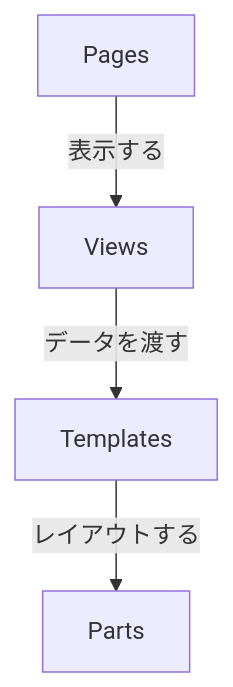
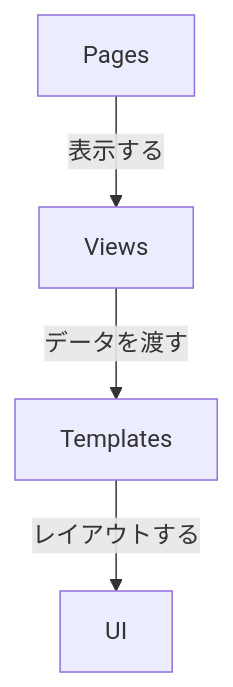
Before and after one commit to gkto6002/DLR: the diagram in README.md, drawn with Mermaid. The commit also changed other lines of this file, not shown here.

````diff
--- a/README.md
+++ b/README.md
@@ -24,6 +24,6 @@
 ```mermaid
 graph TD
     Pages -->|表示する| Views
     Views -->|データを渡す| Templates
-    Templates -->|レイアウトする| Parts
+    Templates -->|レイアウトする| UI
 ```
````
